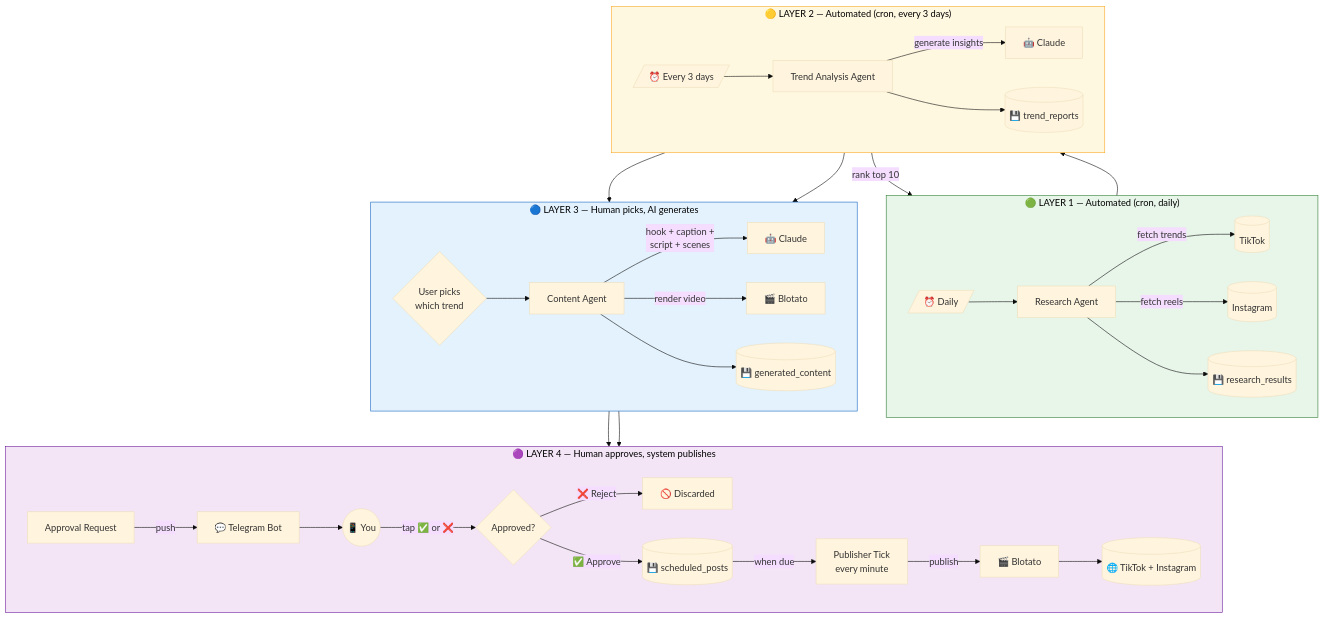
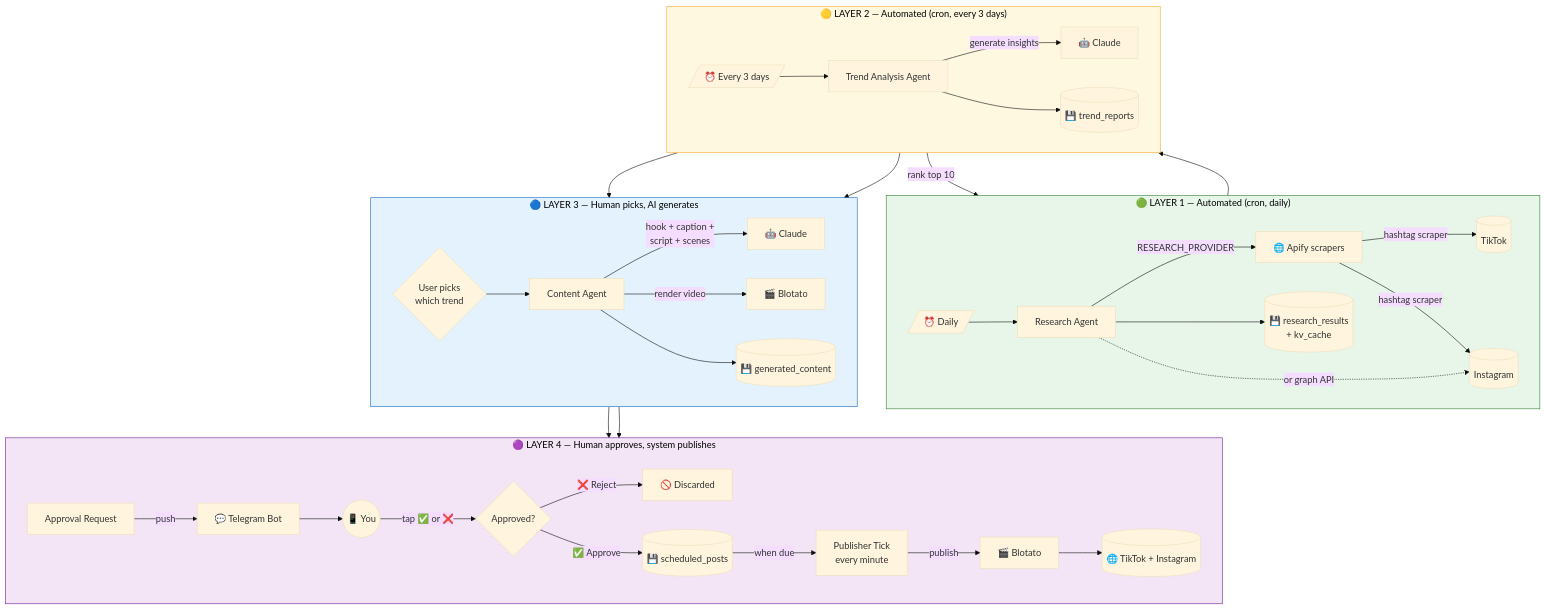
The second of 4 diagrams in docs/WORKFLOW_DIAGRAM.md (naor705/Beauty_project), drawn with Mermaid (base theme) before and after one commit. The commit also changed other lines of this file and 1 other file, not shown here.

First line of the commit message:
Update workflow diagrams to reflect Apify + RESEARCH_PROVIDER

````diff
--- a/docs/WORKFLOW_DIAGRAM.md
+++ b/docs/WORKFLOW_DIAGRAM.md
@@ -38,53 +38,55 @@
 ```mermaid
 flowchart TB
     subgraph L1[" 🟢 LAYER 1 — Automated (cron, daily) "]
         direction LR
         Cron1[/⏰ Daily/]
         Cron1 --> Res[Research Agent]
-        Res -->|fetch trends| TT[(TikTok)]
-        Res -->|fetch reels| IG[(Instagram)]
-        Res --> ResultsDB[(💾 research_results)]
+        Res -->|RESEARCH_PROVIDER| Apify[🌐 Apify scrapers]
+        Apify -->|hashtag scraper| TT[(TikTok)]
+        Apify -->|hashtag scraper| IG[(Instagram)]
+        Res -.->|or graph API| IG
+        Res --> ResultsDB[(💾 research_results<br/>+ kv_cache)]
     end
 
     subgraph L2[" 🟡 LAYER 2 — Automated (cron, every 3 days) "]
         direction LR
         Cron2[/⏰ Every 3 days/]
         Cron2 --> Trend[Trend Analysis Agent]
         Trend -->|rank top 10| ResultsDB
         Trend -->|generate insights| Anthropic1[🤖 Claude]
         Trend --> ReportDB[(💾 trend_reports)]
     end
 
     subgraph L3[" 🔵 LAYER 3 — Human picks, AI generates "]
         direction LR
         ReportDB --> Pick{User picks<br/>which trend}
         Pick --> Content[Content Agent]
         Content -->|hook + caption +<br/>script + scenes| Anthropic2[🤖 Claude]
         Content -->|render video| Blotato1[🎬 Blotato]
         Content --> ContentDB[(💾 generated_content)]
     end
 
     subgraph L4[" 🟣 LAYER 4 — Human approves, system publishes "]
         direction LR
         ContentDB --> ApReq[Approval Request]
         ApReq -->|push| TG[💬 Telegram Bot]
         TG --> Phone((📱 You))
         Phone -->|tap ✅ or ❌| Decide{Approved?}
         Decide -->|❌ Reject| Done1[🚫 Discarded]
         Decide -->|✅ Approve| Schedule[(💾 scheduled_posts)]
         Schedule -->|when due| PubTick[Publisher Tick<br/>every minute]
         PubTick -->|publish| Blotato2[🎬 Blotato]
         Blotato2 --> Live[(🌐 TikTok + Instagram)]
     end
 
     L1 --> L2 --> L3 --> L4
 
     classDef auto fill:#E8F5E9,stroke:#2E7D32,color:#000;
     classDef report fill:#FFF8E1,stroke:#F9A825,color:#000;
     classDef human fill:#E3F2FD,stroke:#1565C0,color:#000;
     classDef publish fill:#F3E5F5,stroke:#6A1B9A,color:#000;
     class L1 auto;
     class L2 report;
     class L3 human;
     class L4 publish;
 ```
````
